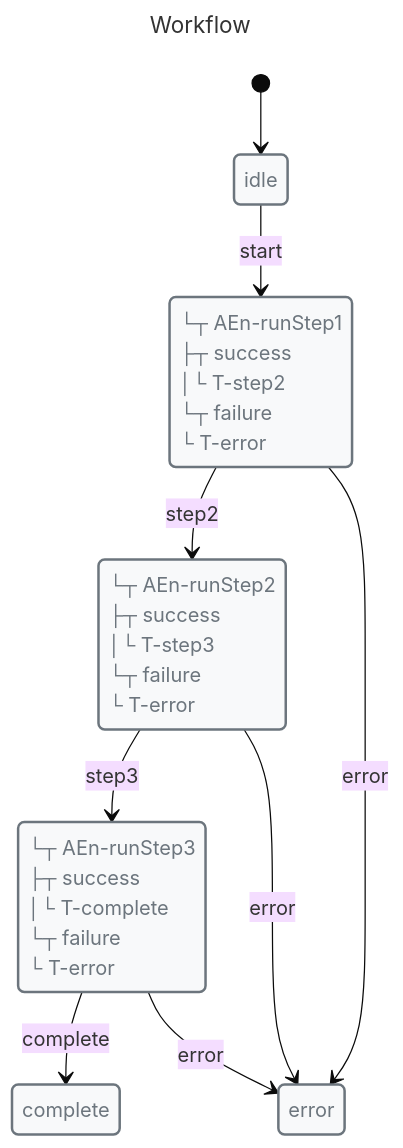
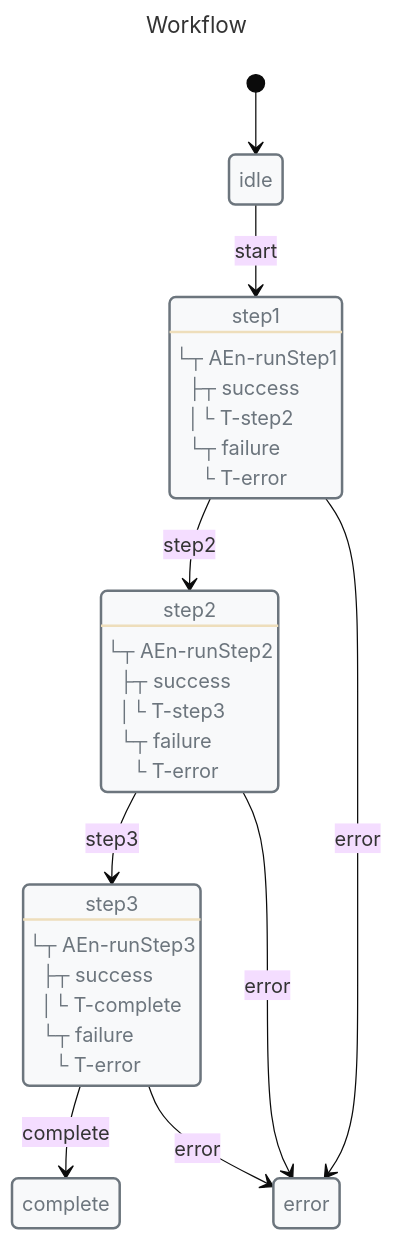
One commit to Masquerade-Circus/x-robot changed the second of 3 diagrams in docs/guides/async.md. Above: the diagram before and after it, drawn with Mermaid (base theme). The commit also changed other lines of this file and 123 other files, not shown here.

Commit message:
refactor: improve mermaid code

````diff
--- a/docs/guides/async.md
+++ b/docs/guides/async.md
@@ -107,40 +107,41 @@
 ```mermaid
 ---
 title: Workflow
 ---
 
 stateDiagram-v2
+direction TB
 
 classDef danger fill:#f8d7da,stroke:#721c24,stroke-width:2px,text-align:left,color:#721c24
 classDef warning fill:#fff3cd,stroke:#856404,stroke-width:2px,text-align:left,color:#856404
 classDef success fill:#d4edda,stroke:#155724,stroke-width:2px,text-align:left,color:#155724
 classDef primary fill:#cce5ff,stroke:#004085,stroke-width:2px,text-align:left,color:#004085
 classDef info fill:#d1ecf1,stroke:#0c5460,stroke-width:2px,text-align:left,color:#0c5460
 classDef def fill:#f8f9fa,stroke:#6c757d,stroke-width:2px,text-align:left,color:#6c757d
 
-state idle
-state step1
-state step2
-state step3
-state complete
-state error
+state "idle" as idle
+state "step1" as step1
+state "step2" as step2
+state "step3" as step3
+state "complete" as complete
+state "error" as error
 class idle def
 class step1 def
 class step2 def
 class step3 def
 class complete def
 class error def
 
-step1: └┬ AEn-runStep1<br> ├┬ success<br> │└ T-step2<br> └┬ failure<br>  └ T-error
-step2: └┬ AEn-runStep2<br> ├┬ success<br> │└ T-step3<br> └┬ failure<br>  └ T-error
-step3: └┬ AEn-runStep3<br> ├┬ success<br> │└ T-complete<br> └┬ failure<br>  └ T-error
+step1: └┬ AEn-runStep1<br> ├┬ success<br> │└ T-step2<br> └┬ failure<br>  └ T-error
+step2: └┬ AEn-runStep2<br> ├┬ success<br> │└ T-step3<br> └┬ failure<br>  └ T-error
+step3: └┬ AEn-runStep3<br> ├┬ success<br> │└ T-complete<br> └┬ failure<br>  └ T-error
 
 [*] --> idle
 idle --> step1: start
 step1 --> step2: step2
 step1 --> error: error
 step2 --> step3: step3
 step2 --> error: error
 step3 --> complete: complete
 step3 --> error: error
 ```
````
